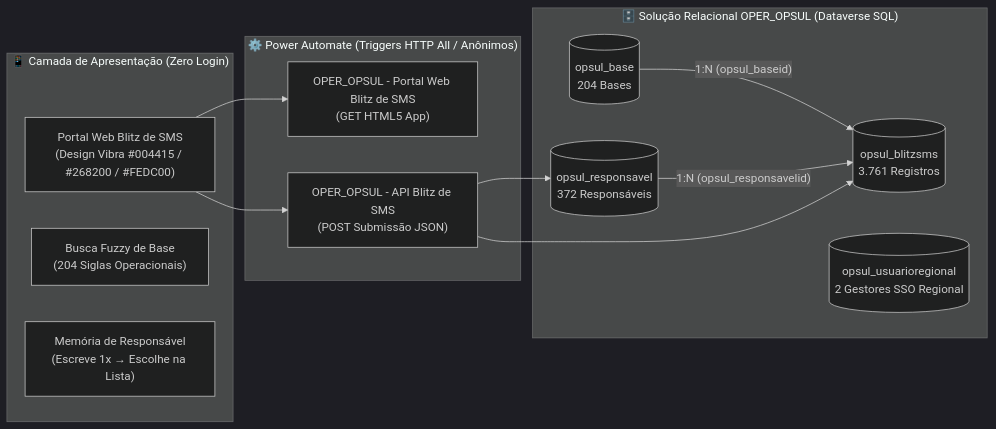
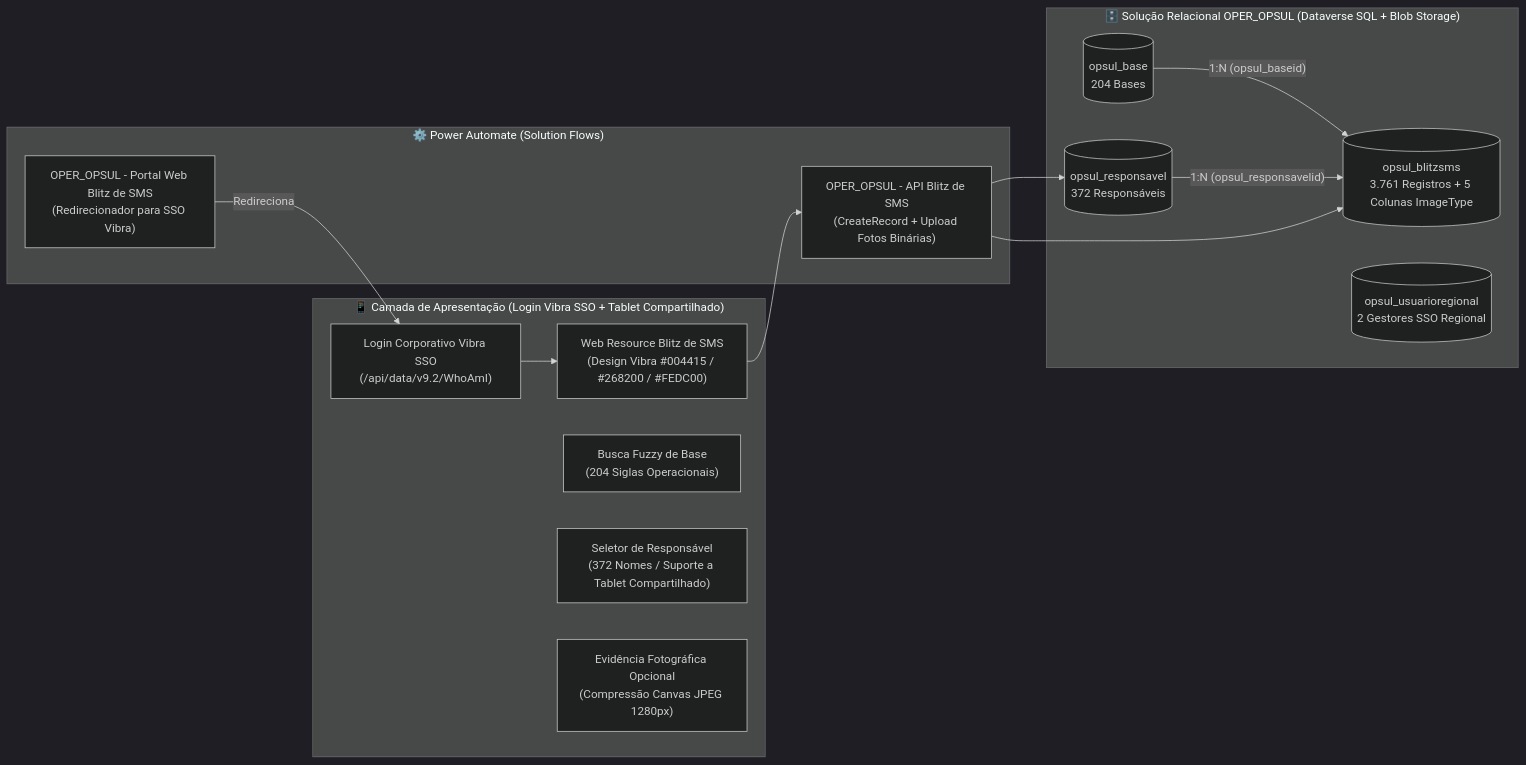
Before and after one commit to CRISTIANCARLOS/vibra-oper-opsul-blitz-sms: the diagram in README.md, drawn with Mermaid (dark theme). The commit also changed other lines of this file and 3 other files, not shown here.

Commit message:
docs: document Vibra SSO login and shared-tablet operational model (v1.3.0)

````diff
--- a/README.md
+++ b/README.md
@@ -16,36 +16,41 @@
 ```mermaid
 flowchart LR
-    subgraph Frontend["📱 Camada de Apresentação (Zero Login)"]
-        APP["Portal Web Blitz de SMS
+    subgraph Frontend["📱 Camada de Apresentação (Login Vibra SSO + Tablet Compartilhado)"]
+        SSO["Login Corporativo Vibra SSO
+(/api/data/v9.2/WhoAmI)"]
+        APP["Web Resource Blitz de SMS
 (Design Vibra #004415 / #268200 / #FEDC00)"]
         FZ["Busca Fuzzy de Base
 (204 Siglas Operacionais)"]
-        RESP_MEM["Memória de Responsável
-(Escreve 1x → Escolhe na Lista)"]
+        RESP_MEM["Seletor de Responsável
+(372 Nomes / Suporte a Tablet Compartilhado)"]
+        FOTO["Evidência Fotográfica Opcional
+(Compressão Canvas JPEG 1280px)"]
     end
 
-    subgraph PA["⚙️ Power Automate (Triggers HTTP All / Anônimos)"]
+    subgraph PA["⚙️ Power Automate (Solution Flows)"]
         F_PORTAL["OPER_OPSUL - Portal Web Blitz de SMS
-(GET HTML5 App)"]
+(Redirecionador para SSO Vibra)"]
         F_API["OPER_OPSUL - API Blitz de SMS
-(POST Submissão JSON)"]
+(CreateRecord + Upload Fotos Binárias)"]
     end
 
-    subgraph DV["🗄️ Solução Relacional OPER_OPSUL (Dataverse SQL)"]
+    subgraph DV["🗄️ Solução Relacional OPER_OPSUL (Dataverse SQL + Blob Storage)"]
         T_BLITZ[("opsul_blitzsms
-3.761 Registros")]
+3.761 Registros + 5 Colunas ImageType")]
         T_BASE[("opsul_base
 204 Bases")]
         T_RESP[("opsul_responsavel
 372 Responsáveis")]
         T_REG[("opsul_usuarioregional
 2 Gestores SSO Regional")]
         T_BASE -->|"1:N (opsul_baseid)"| T_BLITZ
         T_RESP -->|"1:N (opsul_responsavelid)"| T_BLITZ
     end
 
-    APP --> F_PORTAL
+    F_PORTAL -->|"Redireciona"| SSO
+    SSO --> APP
     APP --> F_API
     F_API --> T_BLITZ
     F_API --> T_RESP
 ```
````
